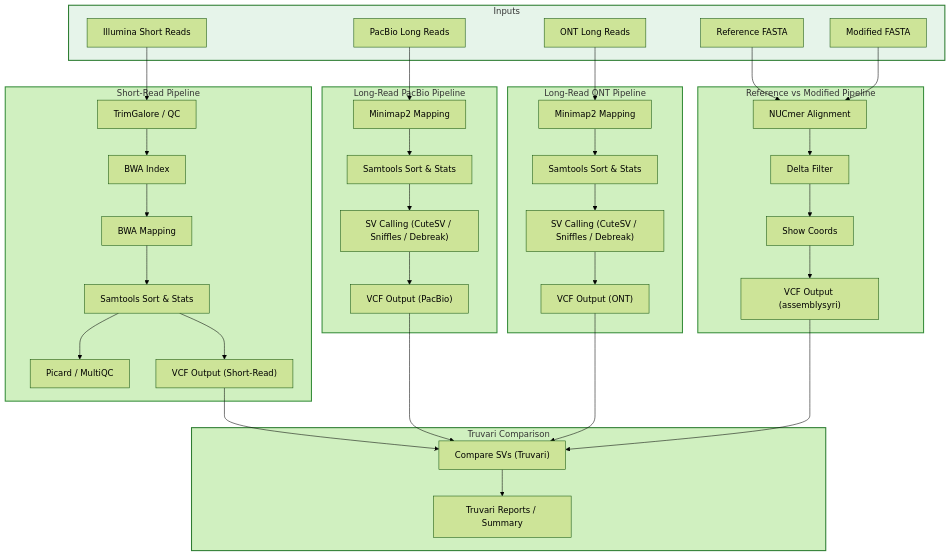
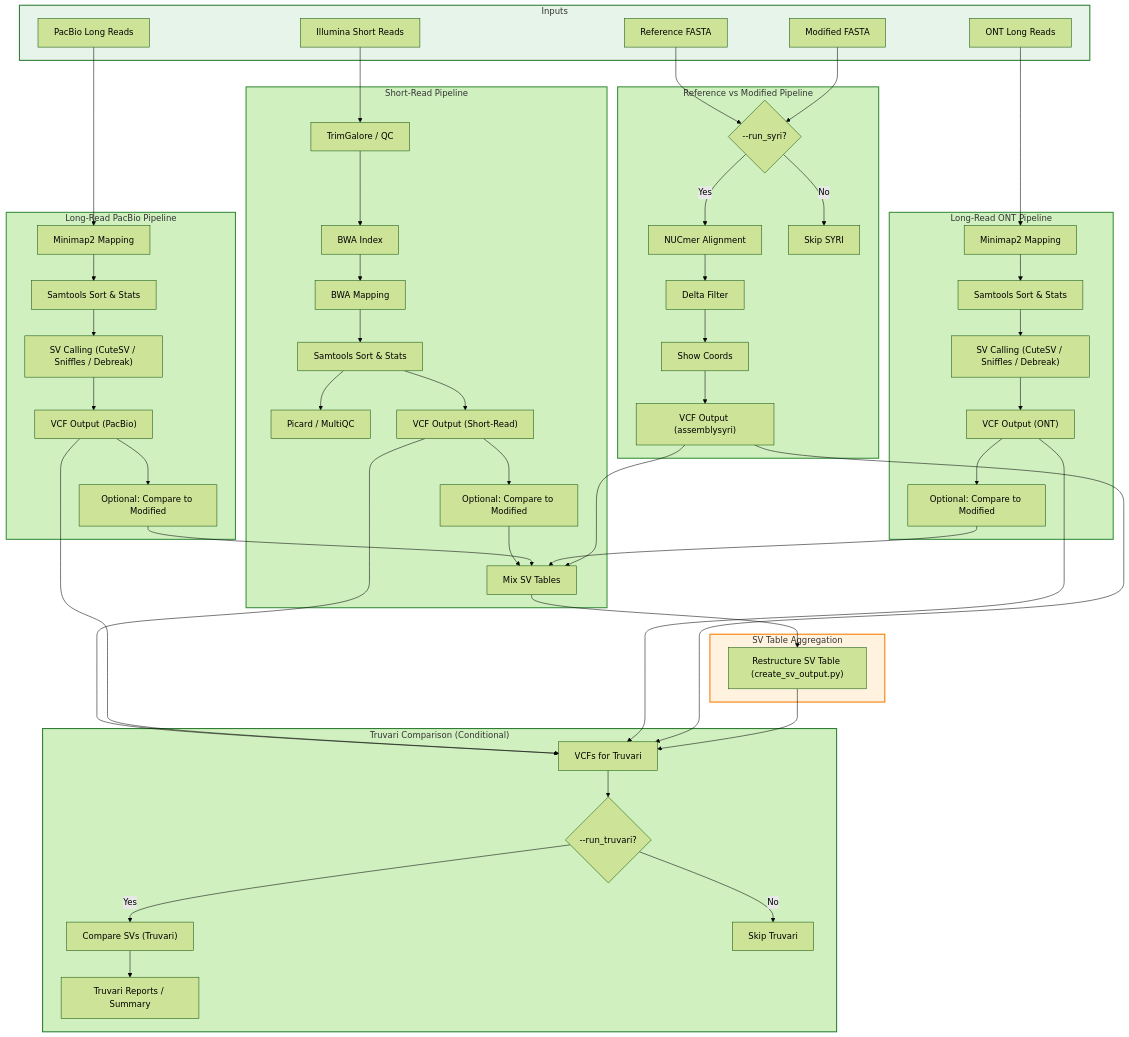
Before and after one commit to denisHanch/efsa_pipeline: the first of 8 diagrams in README.md, drawn with Mermaid (forest theme). The commit also changed other lines of this file and 7 other files, not shown here.

````diff
--- a/README.md
+++ b/README.md
@@ -269,61 +269,82 @@
 ```mermaid
 flowchart TD
     %% Inputs
     subgraph Inputs
         illumina["Illumina Short Reads"]
         pacbio["PacBio Long Reads"]
         ont["ONT Long Reads"]
         ref_fasta["Reference FASTA"]
         mod_fasta["Modified FASTA"]
     end
     style Inputs fill:#E6F4EA,stroke:#2E7D32,stroke-width:2px
 
     %% Short-read pipeline
     subgraph ShortReadPipeline["Short-Read Pipeline"]
         illumina --> trimgalore["TrimGalore / QC"]
         trimgalore --> bwa_index["BWA Index"]
         bwa_index --> bwa_map["BWA Mapping"]
         bwa_map --> samtools_sort["Samtools Sort & Stats"]
         samtools_sort --> picard["Picard / MultiQC"]
         samtools_sort --> sr_vcf["VCF Output (Short-Read)"]
+        sr_vcf --> short_mod["Optional: Compare to Modified"]
+        short_mod --> agg_tbl
     end
     style ShortReadPipeline fill:#D0F0C0,stroke:#388E3C,stroke-width:2px
 
     %% Long-read PacBio pipeline
     subgraph LongReadPacBio["Long-Read PacBio Pipeline"]
         pacbio --> minimap2_pb["Minimap2 Mapping"]
         minimap2_pb --> samtools_sort_pb["Samtools Sort & Stats"]
         samtools_sort_pb --> pb_sv["SV Calling (CuteSV / Sniffles / Debreak)"]
         pb_sv --> pb_vcf["VCF Output (PacBio)"]
+        pb_vcf --> long_mod_pb["Optional: Compare to Modified"]
+        long_mod_pb --> agg_tbl
     end
     style LongReadPacBio fill:#D0F0C0,stroke:#388E3C,stroke-width:2px
 
     %% Long-read ONT pipeline
     subgraph LongReadONT["Long-Read ONT Pipeline"]
         ont --> minimap2_ont["Minimap2 Mapping"]
         minimap2_ont --> samtools_sort_ont["Samtools Sort & Stats"]
         samtools_sort_ont --> ont_sv["SV Calling (CuteSV / Sniffles / Debreak)"]
         ont_sv --> ont_vcf["VCF Output (ONT)"]
+        ont_vcf --> long_mod_ont["Optional: Compare to Modified"]
+        long_mod_ont --> agg_tbl
     end
     style LongReadONT fill:#D0F0C0,stroke:#388E3C,stroke-width:2px
 
     %% Reference vs Modified pipeline
     subgraph RefVsMod["Reference vs Modified Pipeline"]
-        ref_fasta --> nucmer["NUCmer Alignment"]
-        mod_fasta --> nucmer
+        ref_fasta --> run_syri_decision{"--run_syri?"}
+        mod_fasta --> run_syri_decision
+        run_syri_decision -->|Yes| nucmer["NUCmer Alignment"]
+        run_syri_decision -->|No| skip_syri["Skip SYRI"]
         nucmer --> delta_filter["Delta Filter"]
         delta_filter --> show_coords["Show Coords"]
         show_coords --> syri_vcf["VCF Output (assemblysyri)"]
+        syri_vcf --> agg_tbl
     end
     style RefVsMod fill:#D0F0C0,stroke:#388E3C,stroke-width:2px
 
-    %% Truvari comparison
-    subgraph Truvari["Truvari Comparison"]
-        sr_vcf --> truvari["Compare SVs (Truvari)"]
-        pb_vcf --> truvari
-        ont_vcf --> truvari
-        syri_vcf --> truvari
+    %% SV table aggregation (central)
+    subgraph SVTable["SV Table Aggregation"]
+        agg_tbl["Mix SV Tables"] --> restructure["Restructure SV Table (create_sv_output.py)"]
+    end
+    style SVTable fill:#FFF3E0,stroke:#F57C00,stroke-width:2px
+
+    %% Truvari comparison (central)
+    subgraph Truvari["Truvari Comparison (Conditional)"]
+        sr_vcf --> truvari_in["VCFs for Truvari"]
+        pb_vcf --> truvari_in
+        ont_vcf --> truvari_in
+        syri_vcf --> truvari_in
+        truvari_in --> check_truvari{"--run_truvari?"}
+        check_truvari -->|Yes| truvari["Compare SVs (Truvari)"]
+        check_truvari -->|No| skip_truvari["Skip Truvari"]
         truvari --> final_report["Truvari Reports / Summary"]
     end
     style Truvari fill:#D0F0C0,stroke:#2E7D32,stroke-width:2px
+
+    %% Central alignment
+    restructure --> truvari_in
 ```
````
